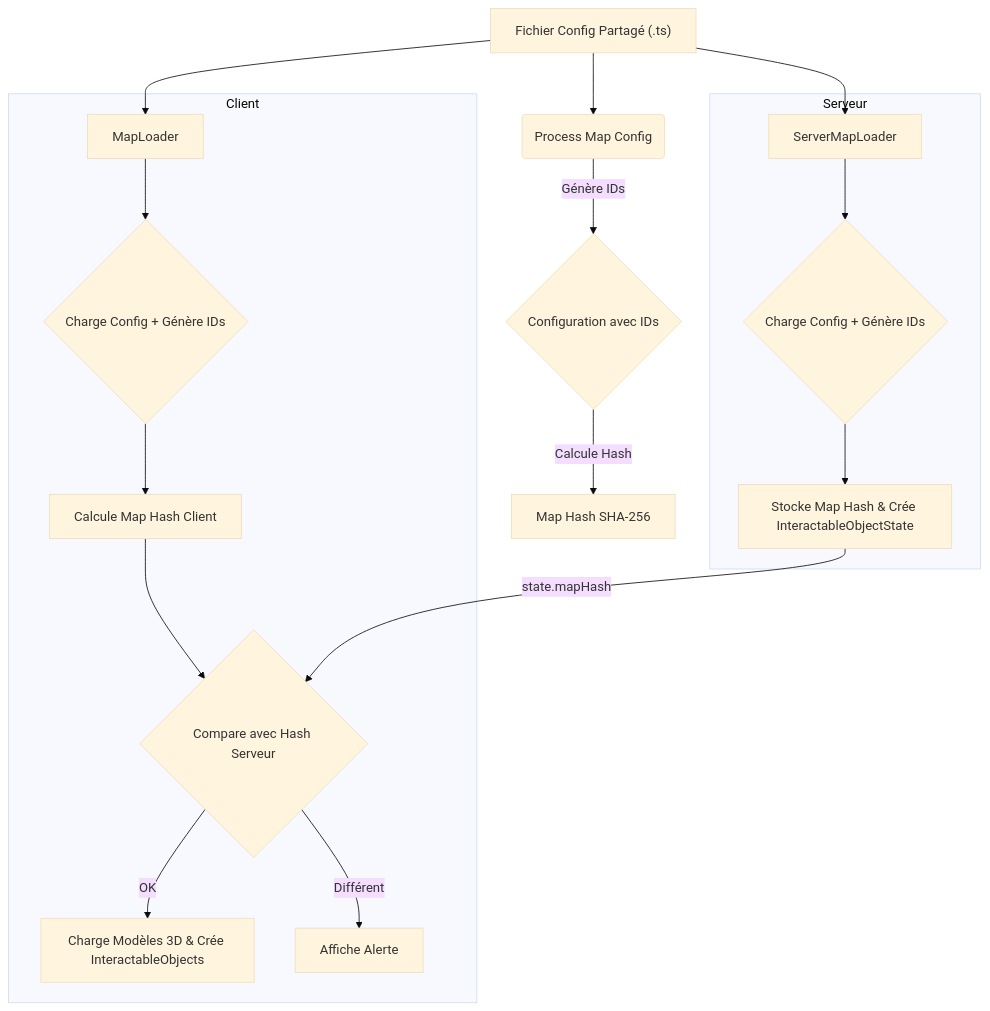
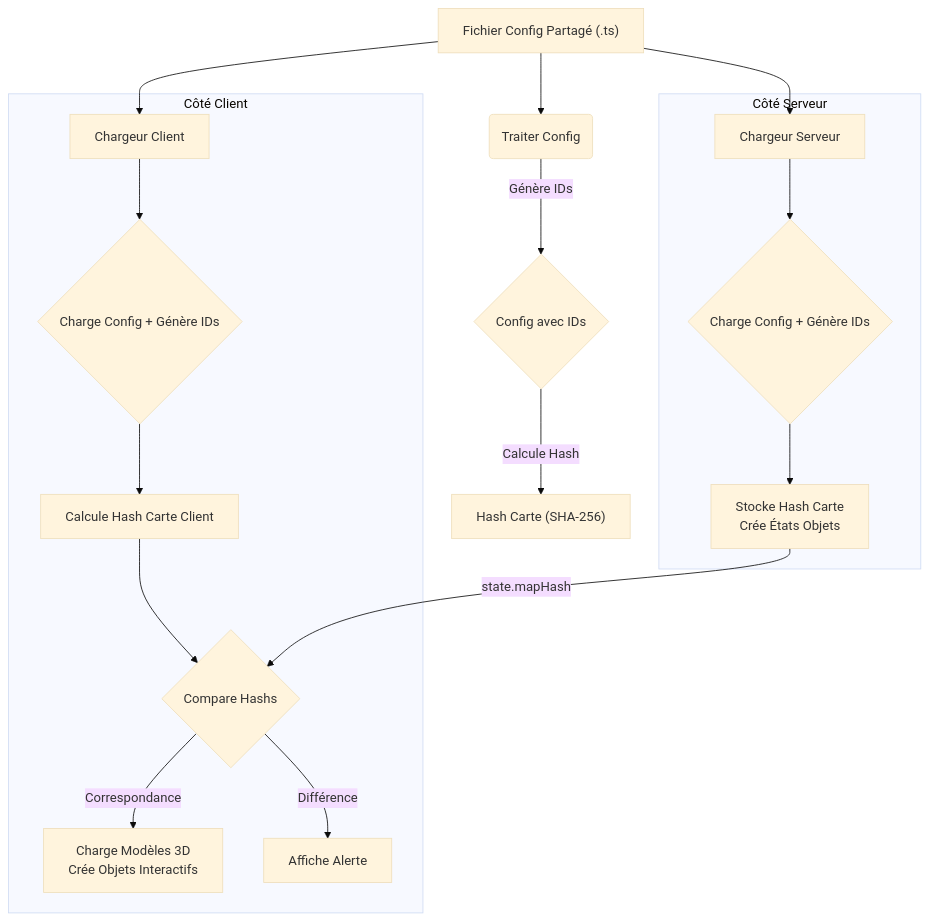
Before and after one commit to TriForMine/Delixia: the third of 3 diagrams in README.md, drawn with Mermaid (base theme). The commit also changed other lines of this file, not shown here.

````diff
--- a/README.md
+++ b/README.md
@@ -115,23 +122,23 @@
     ```mermaid
      graph TD
-        A["Fichier Config Partagé (.ts)"] --> B("Process Map Config");
-        B -- "Génère IDs" --> C{"Configuration avec IDs"};
-        C -- "Calcule Hash" --> D["Map Hash SHA-256"];
+        A["Fichier Config Partagé (.ts)"] --> B(Traiter Config);
+        B -- "Génère IDs" --> C{"Config avec IDs"};
+        C -- "Calcule Hash" --> D["Hash Carte (SHA-256)"];
 
-        subgraph Serveur
-            E["ServerMapLoader"] --> F{"Charge Config + Génère IDs"};
-            F --> G["Stocke Map Hash & Crée InteractableObjectState"];
+        subgraph Côté Serveur
+            E["Chargeur Serveur"] --> F{"Charge Config + Génère IDs"};
+            F --> G["Stocke Hash Carte\nCrée États Objets"];
         end
 
-        subgraph Client
-            H["MapLoader"] --> I{"Charge Config + Génère IDs"};
-            I --> J["Calcule Map Hash Client"];
-            J --> K{"Compare avec Hash Serveur"};
-            K -- "OK" --> L["Charge Modèles 3D & Crée InteractableObjects"];
-            K -- "Différent" --> M["Affiche Alerte"];
+        subgraph Côté Client
+            H["Chargeur Client"] --> I{"Charge Config + Génère IDs"};
+            I --> J["Calcule Hash Carte Client"];
+            J --> K{"Compare Hashs"};
+            K -- Correspondance --> L["Charge Modèles 3D\nCrée Objets Interactifs"];
+            K -- Différence --> M["Affiche Alerte"];
         end
 
         A --> E;
         A --> H;
         G -- "state.mapHash" --> K;
     ```
````
